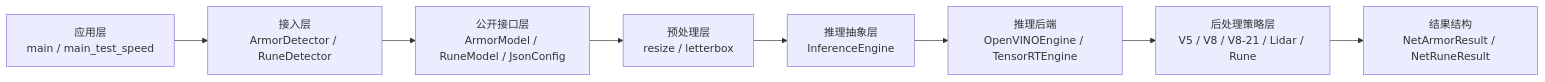
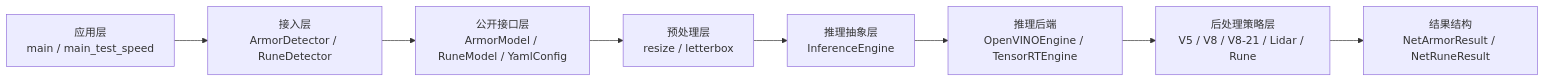
One commit to Kepler123-yby/26_NNDeployment_Lib_and_Detection_Models changed the second of 3 diagrams in README.md. Above: the diagram before and after it, drawn with Mermaid. The commit also changed other lines of this file and 34 other files, not shown here.

````diff
--- a/README.md
+++ b/README.md
@@ -423,13 +560,13 @@
 ```mermaid
 flowchart LR
     A[应用层<br/>main / main_test_speed]
     B[接入层<br/>ArmorDetector / RuneDetector]
-    C[公开接口层<br/>ArmorModel / RuneModel / JsonConfig]
+    C[公开接口层<br/>ArmorModel / RuneModel / YamlConfig]
     D[预处理层<br/>resize / letterbox]
     E[推理抽象层<br/>InferenceEngine]
     F[推理后端<br/>OpenVINOEngine / TensorRTEngine]
     G[后处理策略层<br/>V5 / V8 / V8-21 / Lidar / Rune]
     H[结果结构<br/>NetArmorResult / NetRuneResult]
 
     A --> B --> C --> D --> E --> F --> G --> H
 ```
````
